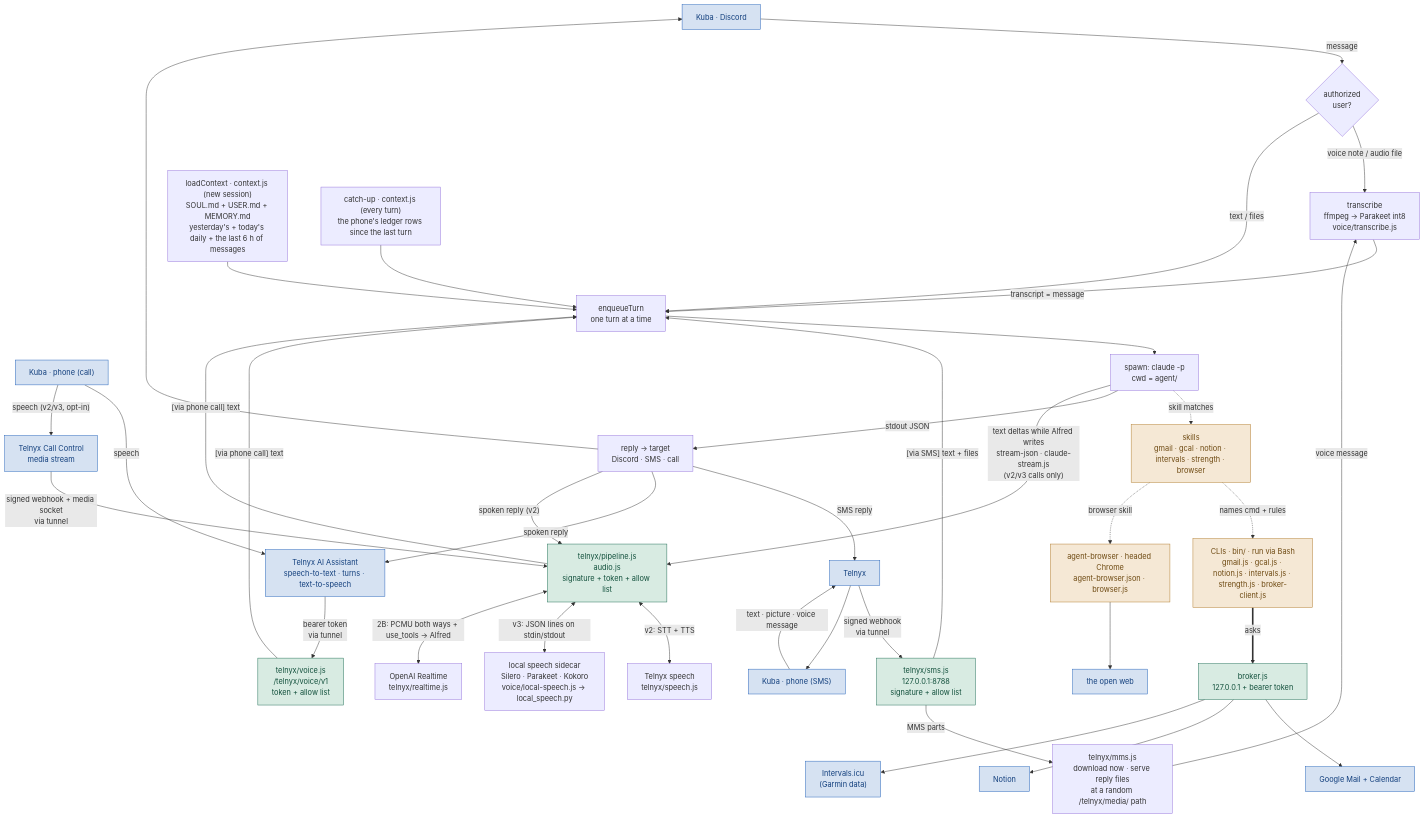
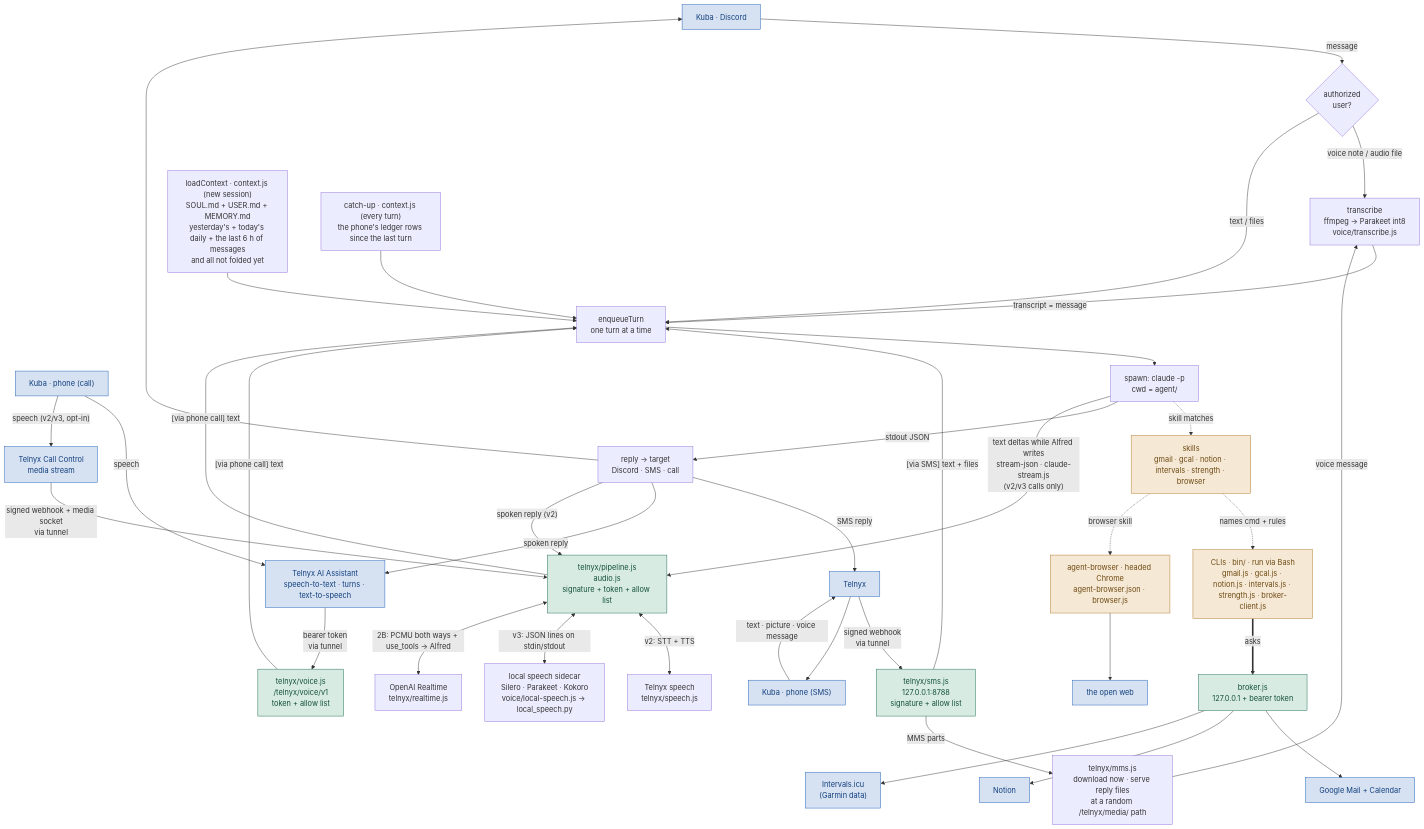
Before and after one commit to KubaJerz/alfred-node: the first of 7 diagrams in SYSTEM-MAP.md, drawn with Mermaid. The commit also changed other lines of this file and 13 other files, not shown here.

````diff
--- a/SYSTEM-MAP.md
+++ b/SYSTEM-MAP.md
@@ -57,45 +57,45 @@
 ```mermaid
 flowchart TD
     U["Kuba · Discord"] -->|message| GATE{"authorized<br/>user?"}
     GATE -->|"voice note / audio file"| TR["transcribe<br/>ffmpeg → Parakeet int8<br/>voice/transcribe.js"]
     TR -->|"transcript = message"| Q
     GATE -->|"text / files"| Q["enqueueTurn<br/>one turn at a time"]
     PH["Kuba · phone (SMS)"] -->|"text · picture · voice message"| TX["Telnyx"]
     TX -->|"signed webhook<br/>via tunnel"| WH["telnyx/sms.js<br/>127.0.0.1:8788<br/>signature + allow list"]
     WH -->|"MMS parts"| MM["telnyx/mms.js<br/>download now · serve reply files<br/>at a random /telnyx/media/ path"]
     MM -->|"voice message"| TR
     WH -->|"[via SMS] text + files"| Q
     CALL["Kuba · phone (call)"] -->|speech| VA["Telnyx AI Assistant<br/>speech-to-text · turns · text-to-speech"]
     VA -->|"bearer token<br/>via tunnel"| VR["telnyx/voice.js<br/>/telnyx/voice/v1<br/>token + allow list"]
     VR -->|"[via phone call] text"| Q
     CALL -->|"speech (v2/v3, opt-in)"| CC["Telnyx Call Control<br/>media stream"]
     CC -->|"signed webhook + media socket<br/>via tunnel"| VP["telnyx/pipeline.js<br/>audio.js<br/>signature + token + allow list"]
     VP -->|"[via phone call] text"| Q
     VP <-->|"v2: STT + TTS"| TS["Telnyx speech<br/>telnyx/speech.js"]
     VP <-->|"v3: JSON lines on stdin/stdout"| LS["local speech sidecar<br/>Silero · Parakeet · Kokoro<br/>voice/local-speech.js → local_speech.py"]
     VP <-->|"2B: PCMU both ways + use_tools → Alfred"| OA["OpenAI Realtime<br/>telnyx/realtime.js"]
-    CTX["loadContext · context.js (new session)<br/>SOUL.md + USER.md + MEMORY.md<br/>yesterday's + today's daily + the last 6 h of messages"] --> Q
+    CTX["loadContext · context.js (new session)<br/>SOUL.md + USER.md + MEMORY.md<br/>yesterday's + today's daily + the last 6 h of messages<br/>and all not folded yet"] --> Q
     CU["catch-up · context.js (every turn)<br/>the phone's ledger rows since the last turn"] --> Q
     Q --> SPAWN["spawn: claude -p<br/>cwd = agent/"]
     SPAWN -.->|"skill matches"| SK["skills<br/>gmail · gcal · notion · intervals · strength · browser"]
     SK -.->|"names cmd + rules"| CLIS["CLIs · bin/ · run via Bash<br/>gmail.js · gcal.js · notion.js · intervals.js · strength.js · broker-client.js"]
     CLIS ==>|"asks"| BR["broker.js<br/>127.0.0.1 + bearer token"]
     BR --> G["Google Mail + Calendar"]
     BR --> N["Notion"]
     BR --> I["Intervals.icu<br/>(Garmin data)"]
     SK -.->|"browser skill"| AB["agent-browser · headed Chrome<br/>agent-browser.json · browser.js"]
     AB --> WEB["the open web"]
     SPAWN -->|"stdout JSON"| R["reply → target<br/>Discord · SMS · call"]
     R --> U
     R -->|"SMS reply"| TX
     R -->|"spoken reply"| VA
     R -->|"spoken reply (v2)"| VP
     SPAWN -->|"text deltas while Alfred writes<br/>stream-json · claude-stream.js<br/>(v2/v3 calls only)"| VP
     TX --> PH
     classDef external fill:#d6e2f2,stroke:#1f5fb8,color:#123f7d
     classDef gateway fill:#d8ebe2,stroke:#1b6b52,color:#12503c
     classDef stack fill:#f5e8d5,stroke:#b07a2a,color:#6e4a12
     class U,G,N,I,WEB,PH,TX,CALL,VA,CC external
     class BR,WH,VR,VP gateway
     class SK,CLIS,AB stack
 ```
````
